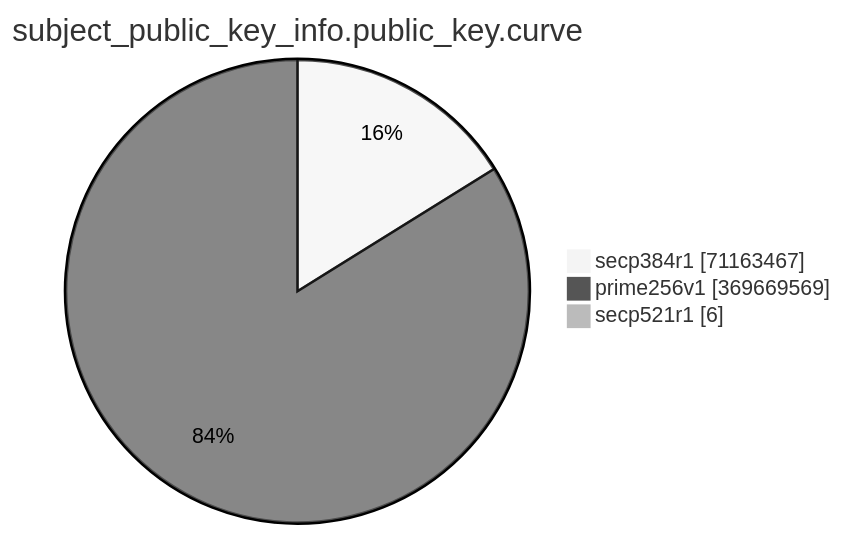
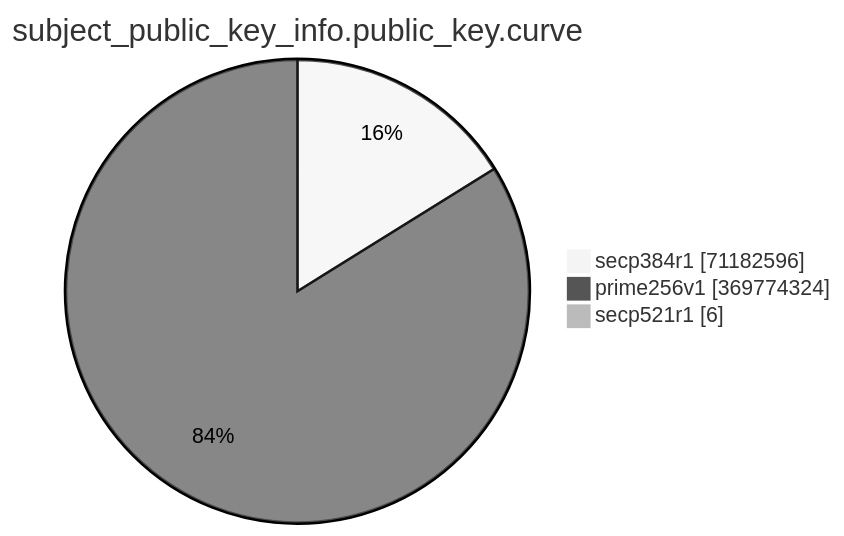
The eighth of 15 diagrams in TOTAL/README.md (christiankrug/ctmonitor_visualization), drawn with Mermaid (neutral theme) before and after one commit. The commit also changed other lines of this file, not shown here.

````diff
--- a/TOTAL/README.md
+++ b/TOTAL/README.md
@@ -3094,7 +3094,7 @@
 ```mermaid
 pie showData
 title subject_public_key_info.public_key.curve
-"secp384r1" :71163467
-"prime256v1" :369669569
+"secp384r1" :71182596
+"prime256v1" :369774324
 "secp521r1" :6
 ```
````
